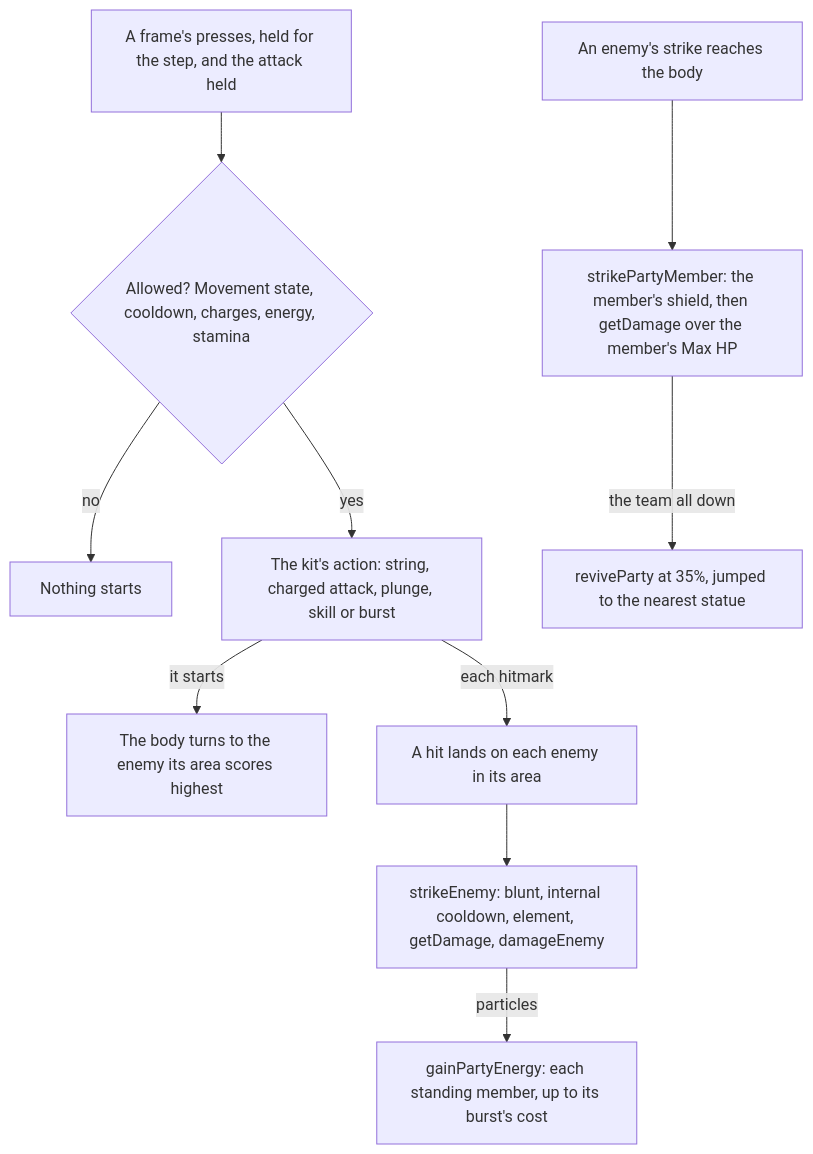
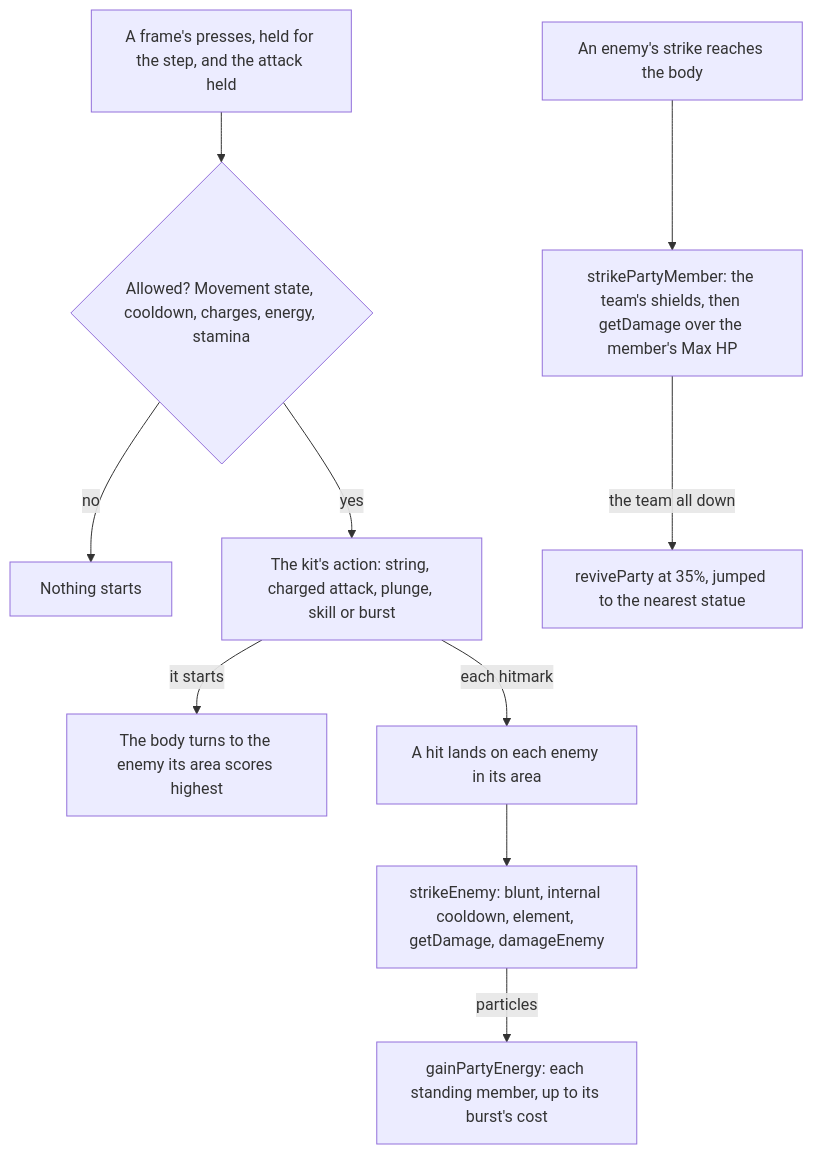
Before and after one commit to Esposter/Esposter: the second of 2 diagrams in apps/web/content/docs/genshin/combat.md, drawn with Mermaid. The commit also changed other lines of this file and 11 other files, not shown here.

First line of the commit message:
fix(genshin-world): a shield takes the strike on whoever is on the field, not only its caster

````diff
--- a/apps/web/content/docs/genshin/combat.md
+++ b/apps/web/content/docs/genshin/combat.md
@@ -103,12 +103,12 @@
 ```mermaid
 flowchart TD
   PRESS["A frame's presses, held for the step, and the attack held"] --> GATE{"Allowed? Movement state, cooldown, charges, energy, stamina"}
   GATE -->|"no"| IDLE["Nothing starts"]
   GATE -->|"yes"| ACTION["The kit's action: string, charged attack, plunge, skill or burst"]
   ACTION -->|"it starts"| AIM["The body turns to the enemy its area scores highest"]
   ACTION -->|"each hitmark"| HIT["A hit lands on each enemy in its area"]
   HIT --> STRIKE["strikeEnemy: blunt, internal cooldown, element, getDamage, damageEnemy"]
   STRIKE -->|"particles"| ENERGY["gainPartyEnergy: each standing member, up to its burst's cost"]
-  ENEMY["An enemy's strike reaches the body"] --> HURT["strikePartyMember: the member's shield, then getDamage over the member's Max HP"]
+  ENEMY["An enemy's strike reaches the body"] --> HURT["strikePartyMember: the team's shields, then getDamage over the member's Max HP"]
   HURT -->|"the team all down"| RESPAWN["reviveParty at 35%, jumped to the nearest statue"]
 ```
````
